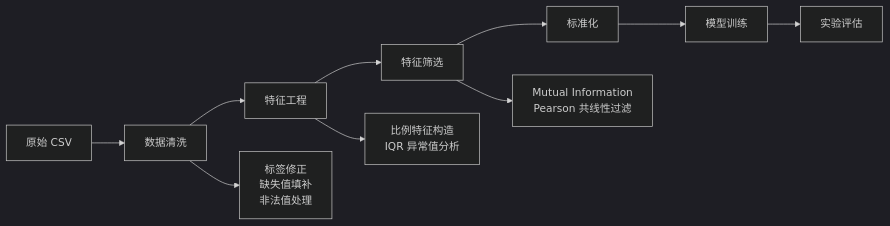
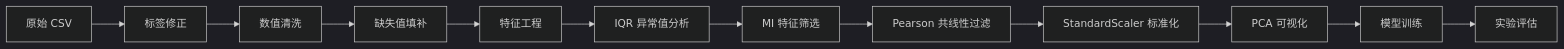
The diagram in README.md (Zhuoran-Cai/-dry-bean-ml), drawn with Mermaid (dark theme) before and after one commit. The commit also changed other lines of this file, not shown here.

````diff
--- a/README.md
+++ b/README.md
@@ -122,13 +122,14 @@
 ```mermaid
 flowchart LR
-    A[原始 CSV] --> B[数据清洗]
-    B --> C[特征工程]
-    C --> D[特征筛选]
-    D --> E[标准化]
-    E --> F[模型训练]
-    F --> G[实验评估]
-
-    B --> B1[标签修正<br/>缺失值填补<br/>非法值处理]
-    C --> C1[比例特征构造<br/>IQR 异常值分析]
-    D --> D1[Mutual Information<br/>Pearson 共线性过滤]
+    A[原始 CSV] --> B[标签修正]
+    B --> C[数值清洗]
+    C --> D[缺失值填补]
+    D --> E[特征工程]
+    E --> F[IQR 异常值分析]
+    F --> G[MI 特征筛选]
+    G --> H[Pearson 共线性过滤]
+    H --> I[StandardScaler 标准化]
+    I --> J[PCA 可视化]
+    J --> K[模型训练]
+    K --> L[实验评估]
 ```
````
